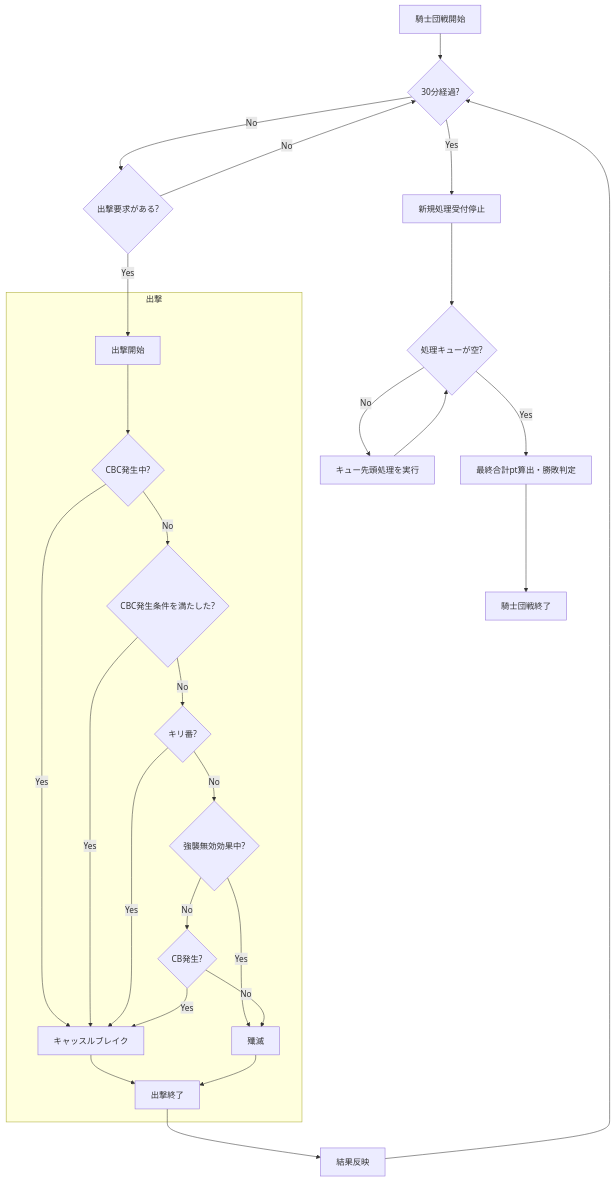
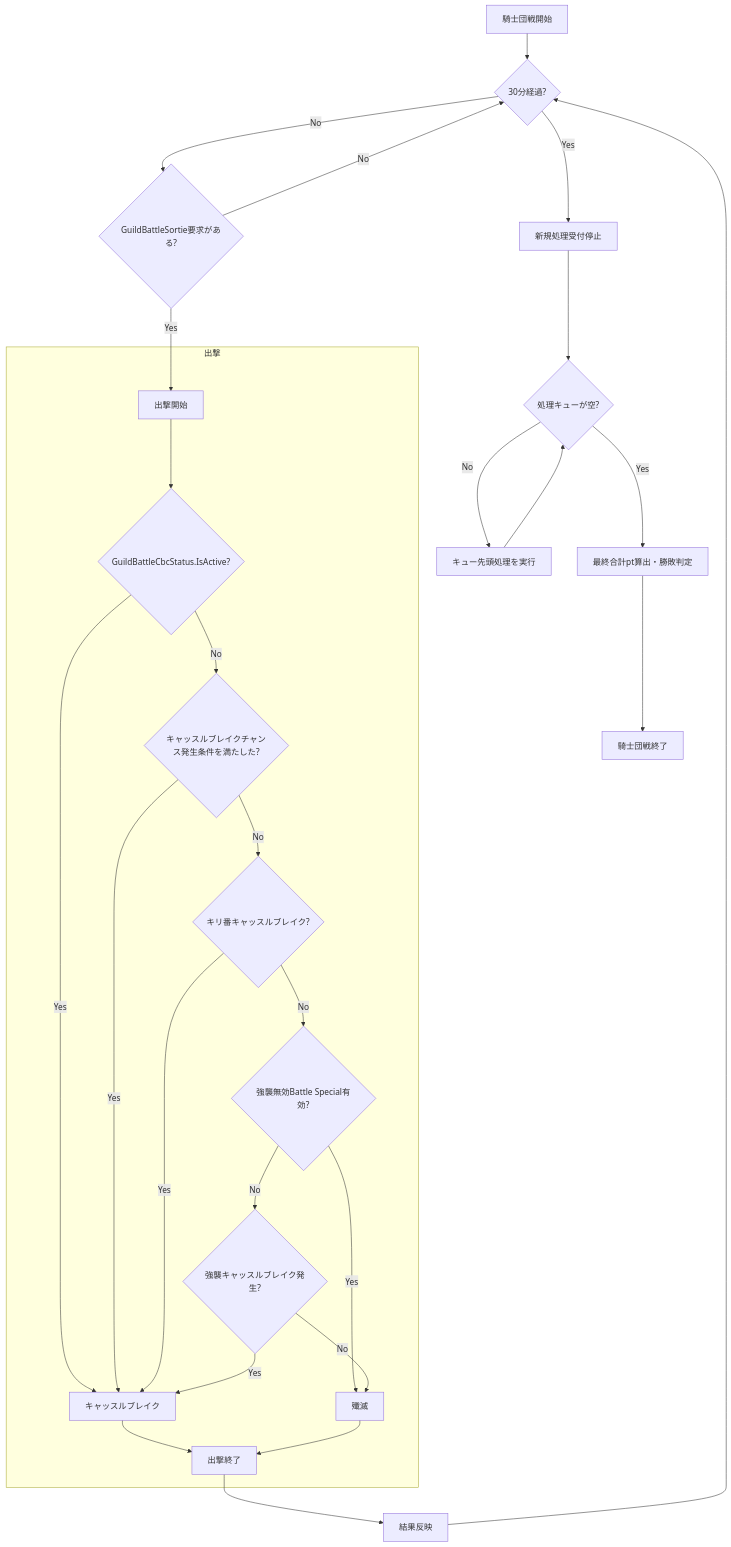
Before and after one commit to ReHydrangeaOdyssey/Specifications: the first of 3 diagrams in design/game/guild_battle.md, drawn with Mermaid. The commit also changed other lines of this file and 12 other files, not shown here.

Commit message:
図などの名称の統一

````diff
--- a/design/game/guild_battle.md
+++ b/design/game/guild_battle.md
@@ -5,51 +5,51 @@
 ```mermaid
 flowchart TD;
     Start[騎士団戦開始];
     ChackTimeLimit{30分経過?};
-    ChackAttack{出撃要求がある?};
-    CheckCBC{CBC発生中?};
-    CheckCBCCondition{CBC発生条件を満たした?};
+    ChackAttack{GuildBattleSortie要求がある?};
+    CheckCBC{GuildBattleCbcStatus.IsActive?};
+    CheckCBCCondition{キャッスルブレイクチャンス発生条件を満たした?};
     Reflected[結果反映];
     StopAccept[新規処理受付停止];
     CheckQueue{処理キューが空?};
     ResolveQueue[キュー先頭処理を実行];
     Judgment[最終合計pt算出・勝敗判定];
     End[騎士団戦終了];
     StartPlayerAttack[出撃開始];
     EndPlayerAttack[出撃終了];
     CB[キャッスルブレイク];
 
     Start --> ChackTimeLimit;
     ChackTimeLimit -- Yes --> StopAccept;
     StopAccept --> CheckQueue;
     CheckQueue -- No --> ResolveQueue;
     ResolveQueue --> CheckQueue;
     CheckQueue -- Yes --> Judgment;
     Judgment --> End;
     ChackTimeLimit -- No --> ChackAttack;
     ChackAttack -- Yes --> StartPlayerAttack;
     ChackAttack -- No --> ChackTimeLimit;
     EndPlayerAttack --> Reflected;
     Reflected --> ChackTimeLimit
 
     subgraph 出撃
-        CheckChain{キリ番?};
-        CheckAssaultDisable{強襲無効効果中?};
-        CheckCB{CB発生?};
+        CheckChain{キリ番キャッスルブレイク?};
+        CheckAssaultDisable{強襲無効Battle Special有効?};
+        CheckCB{強襲キャッスルブレイク発生?};
         Attack[殲滅];
 
         StartPlayerAttack --> CheckCBC;        
         CheckCBC -- Yes --> CB;
         CheckCBC -- No --> CheckCBCCondition;
         CheckCBCCondition -- Yes --> CB;
         CheckCBCCondition -- No --> CheckChain;
         CheckChain -- Yes --> CB;
         CheckChain -- No --> CheckAssaultDisable;
         CheckAssaultDisable -- Yes --> Attack;
         CheckAssaultDisable -- No --> CheckCB;
         CheckCB -- Yes --> CB;
         CheckCB -- No --> Attack;
         CB --> EndPlayerAttack;
         Attack --> EndPlayerAttack;
     end
 ```
````
